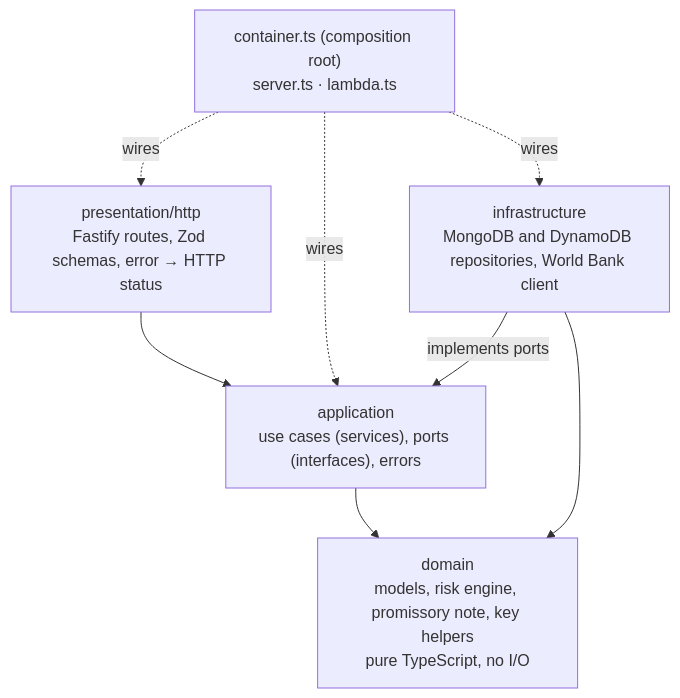
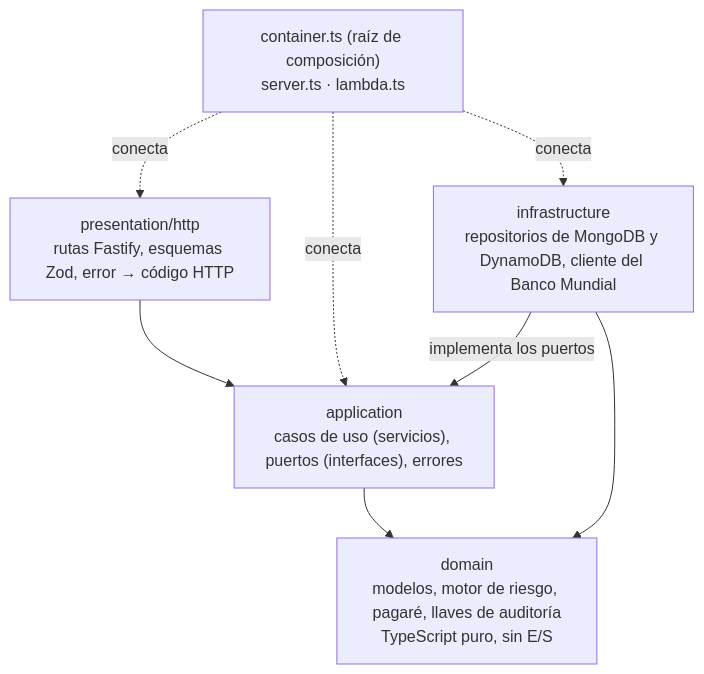
Before and after one commit to juandda0/auco-identity-validation-service: the second of 4 diagrams in README.md, drawn with Mermaid. The commit also changed other lines of this file and 1 other file, not shown here.

````diff
--- a/README.md
+++ b/README.md
@@ -70,9 +72,9 @@
 ```mermaid
 flowchart TB
-  P["presentation/http<br/>Fastify routes, Zod schemas, error → HTTP status"] --> A
-  A["application<br/>use cases (services), ports (interfaces), errors"] --> D
-  D["domain<br/>models, risk engine, promissory note, key helpers<br/>pure TypeScript, no I/O"]
-  I["infrastructure<br/>MongoDB and DynamoDB repositories, World Bank client"] -->|implements ports| A
+  P["presentation/http<br/>rutas Fastify, esquemas Zod, error → código HTTP"] --> A
+  A["application<br/>casos de uso (servicios), puertos (interfaces), errores"] --> D
+  D["domain<br/>modelos, motor de riesgo, pagaré, llaves de auditoría<br/>TypeScript puro, sin E/S"]
+  I["infrastructure<br/>repositorios de MongoDB y DynamoDB, cliente del Banco Mundial"] -->|implementa los puertos| A
   I --> D
-  C["container.ts (composition root)<br/>server.ts · lambda.ts"] -.->|wires| P & A & I
+  C["container.ts (raíz de composición)<br/>server.ts · lambda.ts"] -.->|conecta| P & A & I
 ```
````
